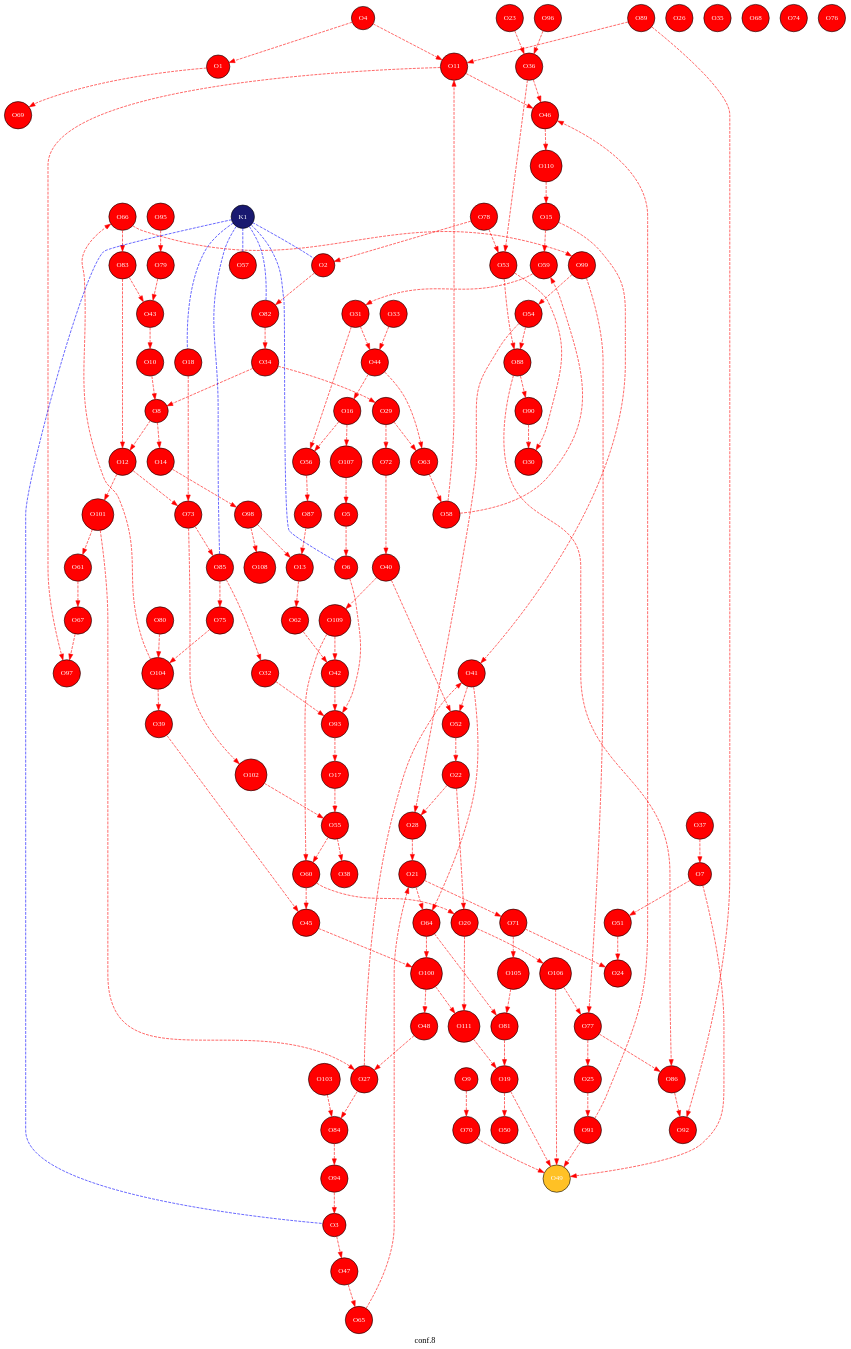
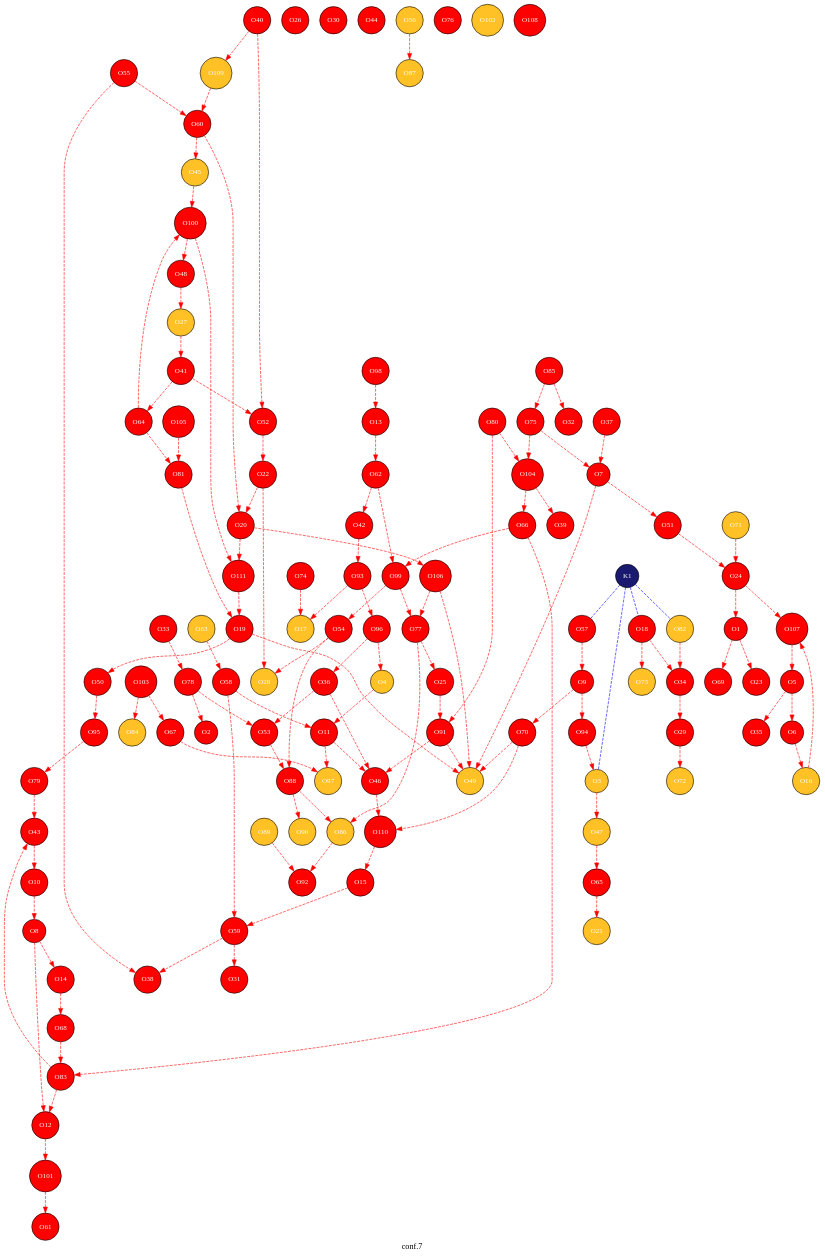
One commit to JelleLagerweij/short_test changed the diagram in 4-GATeWAY/copy_4/traj/traj_conf.gv. Above: the diagram before and after it, drawn with Graphviz. The commit also changed 222 other files, not shown here.

```diff
--- a/4-GATeWAY/copy_4/traj/traj_conf.gv
+++ b/4-GATeWAY/copy_4/traj/traj_conf.gv
@@ -1,12 +1,12 @@
 digraph G {
-label="conf.8 ";
+label="conf.7 ";
 node [style=filled];
 graph [bgcolor=transparent];
 node [shape = circle, fontsize=12];
 "O1"[fillcolor=red, fontcolor=white, fontname="Times", label="O1"];
 "O2"[fillcolor=red, fontcolor=white, fontname="Times", label="O2"];
-"O3"[fillcolor=red, fontcolor=white, fontname="Times", label="O3"];
-"O4"[fillcolor=red, fontcolor=white, fontname="Times", label="O4"];
+"O3"[fillcolor=goldenrod1, fontcolor=white, fontname="Times", label="O3"];
+"O4"[fillcolor=goldenrod1, fontcolor=white, fontname="Times", label="O4"];
 "O5"[fillcolor=red, fontcolor=white, fontname="Times", label="O5"];
 "O6"[fillcolor=red, fontcolor=white, fontname="Times", label="O6"];
 "O7"[fillcolor=red, fontcolor=white, fontname="Times", label="O7"];
@@ -18,19 +18,19 @@
 "O13"[fillcolor=red, fontcolor=white, fontname="Times", label="O13"];
 "O14"[fillcolor=red, fontcolor=white, fontname="Times", label="O14"];
 "O15"[fillcolor=red, fontcolor=white, fontname="Times", label="O15"];
-"O16"[fillcolor=red, fontcolor=white, fontname="Times", label="O16"];
-"O17"[fillcolor=red, fontcolor=white, fontname="Times", label="O17"];
+"O16"[fillcolor=goldenrod1, fontcolor=white, fontname="Times", label="O16"];
+"O17"[fillcolor=goldenrod1, fontcolor=white, fontname="Times", label="O17"];
 "O18"[fillcolor=red, fontcolor=white, fontname="Times", label="O18"];
 "O19"[fillcolor=red, fontcolor=white, fontname="Times", label="O19"];
 "O20"[fillcolor=red, fontcolor=white, fontname="Times", label="O20"];
-"O21"[fillcolor=red, fontcolor=white, fontname="Times", label="O21"];
+"O21"[fillcolor=goldenrod1, fontcolor=white, fontname="Times", label="O21"];
 "O22"[fillcolor=red, fontcolor=white, fontname="Times", label="O22"];
 "O23"[fillcolor=red, fontcolor=white, fontname="Times", label="O23"];
 "O24"[fillcolor=red, fontcolor=white, fontname="Times", label="O24"];
 "O25"[fillcolor=red, fontcolor=white, fontname="Times", label="O25"];
 "O26"[fillcolor=red, fontcolor=white, fontname="Times", label="O26"];
-"O27"[fillcolor=red, fontcolor=white, fontname="Times", label="O27"];
-"O28"[fillcolor=red, fontcolor=white, fontname="Times", label="O28"];
+"O27"[fillcolor=goldenrod1, fontcolor=white, fontname="Times", label="O27"];
+"O28"[fillcolor=goldenrod1, fontcolor=white, fontname="Times", label="O28"];
 "O29"[fillcolor=red, fontcolor=white, fontname="Times", label="O29"];
 "O30"[fillcolor=red, fontcolor=white, fontname="Times", label="O30"];
 "O31"[fillcolor=red, fontcolor=white, fontname="Times", label="O31"];
@@ -47,9 +47,9 @@
 "O42"[fillcolor=red, fontcolor=white, fontname="Times", label="O42"];
 "O43"[fillcolor=red, fontcolor=white, fontname="Times", label="O43"];
 "O44"[fillcolor=red, fontcolor=white, fontname="Times", label="O44"];
-"O45"[fillcolor=red, fontcolor=white, fontname="Times", label="O45"];
+"O45"[fillcolor=goldenrod1, fontcolor=white, fontname="Times", label="O45"];
 "O46"[fillcolor=red, fontcolor=white, fontname="Times", label="O46"];
-"O47"[fillcolor=red, fontcolor=white, fontname="Times", label="O47"];
+"O47"[fillcolor=goldenrod1, fontcolor=white, fontname="Times", label="O47"];
 "O48"[fillcolor=red, fontcolor=white, fontname="Times", label="O48"];
 "O49"[fillcolor=goldenrod1, fontcolor=white, fontname="Times", label="O49"];
 "O50"[fillcolor=red, fontcolor=white, fontname="Times", label="O50"];
@@ -58,14 +58,14 @@
 "O53"[fillcolor=red, fontcolor=white, fontname="Times", label="O53"];
 "O54"[fillcolor=red, fontcolor=white, fontname="Times", label="O54"];
 "O55"[fillcolor=red, fontcolor=white, fontname="Times", label="O55"];
-"O56"[fillcolor=red, fontcolor=white, fontname="Times", label="O56"];
+"O56"[fillcolor=goldenrod1, fontcolor=white, fontname="Times", label="O56"];
 "O57"[fillcolor=red, fontcolor=white, fontname="Times", label="O57"];
 "O58"[fillcolor=red, fontcolor=white, fontname="Times", label="O58"];
 "O59"[fillcolor=red, fontcolor=white, fontname="Times", label="O59"];
 "O60"[fillcolor=red, fontcolor=white, fontname="Times", label="O60"];
 "O61"[fillcolor=red, fontcolor=white, fontname="Times", label="O61"];
 "O62"[fillcolor=red, fontcolor=white, fontname="Times", label="O62"];
-"O63"[fillcolor=red, fontcolor=white, fontname="Times", label="O63"];
+"O63"[fillcolor=goldenrod1, fontcolor=white, fontname="Times", label="O63"];
 "O64"[fillcolor=red, fontcolor=white, fontname="Times", label="O64"];
 "O65"[fillcolor=red, fontcolor=white, fontname="Times", label="O65"];
 "O66"[fillcolor=red, fontcolor=white, fontname="Times", label="O66"];
@@ -73,9 +73,9 @@
 "O68"[fillcolor=red, fontcolor=white, fontname="Times", label="O68"];
 "O69"[fillcolor=red, fontcolor=white, fontname="Times", label="O69"];
 "O70"[fillcolor=red, fontcolor=white, fontname="Times", label="O70"];
-"O71"[fillcolor=red, fontcolor=white, fontname="Times", label="O71"];
-"O72"[fillcolor=red, fontcolor=white, fontname="Times", label="O72"];
-"O73"[fillcolor=red, fontcolor=white, fontname="Times", label="O73"];
+"O71"[fillcolor=goldenrod1, fontcolor=white, fontname="Times", label="O71"];
+"O72"[fillcolor=goldenrod1, fontcolor=white, fontname="Times", label="O72"];
+"O73"[fillcolor=goldenrod1, fontcolor=white, fontname="Times", label="O73"];
 "O74"[fillcolor=red, fontcolor=white, fontname="Times", label="O74"];
 "O75"[fillcolor=red, fontcolor=white, fontname="Times", label="O75"];
 "O76"[fillcolor=red, fontcolor=white, fontname="Times", label="O76"];
@@ -84,75 +84,74 @@
 "O79"[fillcolor=red, fontcolor=white, fontname="Times", label="O79"];
 "O80"[fillcolor=red, fontcolor=white, fontname="Times", label="O80"];
 "O81"[fillcolor=red, fontcolor=white, fontname="Times", label="O81"];
-"O82"[fillcolor=red, fontcolor=white, fontname="Times", label="O82"];
+"O82"[fillcolor=goldenrod1, fontcolor=white, fontname="Times", label="O82"];
 "O83"[fillcolor=red, fontcolor=white, fontname="Times", label="O83"];
-"O84"[fillcolor=red, fontcolor=white, fontname="Times", label="O84"];
+"O84"[fillcolor=goldenrod1, fontcolor=white, fontname="Times", label="O84"];
 "O85"[fillcolor=red, fontcolor=white, fontname="Times", label="O85"];
-"O86"[fillcolor=red, fontcolor=white, fontname="Times", label="O86"];
-"O87"[fillcolor=red, fontcolor=white, fontname="Times", label="O87"];
+"O86"[fillcolor=goldenrod1, fontcolor=white, fontname="Times", label="O86"];
+"O87"[fillcolor=goldenrod1, fontcolor=white, fontname="Times", label="O87"];
 "O88"[fillcolor=red, fontcolor=white, fontname="Times", label="O88"];
-"O89"[fillcolor=red, fontcolor=white, fontname="Times", label="O89"];
-"O90"[fillcolor=red, fontcolor=white, fontname="Times", label="O90"];
+"O89"[fillcolor=goldenrod1, fontcolor=white, fontname="Times", label="O89"];
+"O90"[fillcolor=goldenrod1, fontcolor=white, fontname="Times", label="O90"];
 "O91"[fillcolor=red, fontcolor=white, fontname="Times", label="O91"];
 "O92"[fillcolor=red, fontcolor=white, fontname="Times", label="O92"];
 "O93"[fillcolor=red, fontcolor=white, fontname="Times", label="O93"];
 "O94"[fillcolor=red, fontcolor=white, fontname="Times", label="O94"];
 "O95"[fillcolor=red, fontcolor=white, fontname="Times", label="O95"];
 "O96"[fillcolor=red, fontcolor=white, fontname="Times", label="O96"];
-"O97"[fillcolor=red, fontcolor=white, fontname="Times", label="O97"];
+"O97"[fillcolor=goldenrod1, fontcolor=white, fontname="Times", label="O97"];
 "O98"[fillcolor=red, fontcolor=white, fontname="Times", label="O98"];
 "O99"[fillcolor=red, fontcolor=white, fontname="Times", label="O99"];
 "O100"[fillcolor=red, fontcolor=white, fontname="Times", label="O100"];
 "O101"[fillcolor=red, fontcolor=white, fontname="Times", label="O101"];
-"O102"[fillcolor=red, fontcolor=white, fontname="Times", label="O102"];
+"O102"[fillcolor=goldenrod1, fontcolor=white, fontname="Times", label="O102"];
 "O103"[fillcolor=red, fontcolor=white, fontname="Times", label="O103"];
 "O104"[fillcolor=red, fontcolor=white, fontname="Times", label="O104"];
 "O105"[fillcolor=red, fontcolor=white, fontname="Times", label="O105"];
 "O106"[fillcolor=red, fontcolor=white, fontname="Times", label="O106"];
 "O107"[fillcolor=red, fontcolor=white, fontname="Times", label="O107"];
 "O108"[fillcolor=red, fontcolor=white, fontname="Times", label="O108"];
-"O109"[fillcolor=red, fontcolor=white, fontname="Times", label="O109"];
+"O109"[fillcolor=goldenrod1, fontcolor=white, fontname="Times", label="O109"];
 "O110"[fillcolor=red, fontcolor=white, fontname="Times", label="O110"];
 "O111"[fillcolor=red, fontcolor=white, fontname="Times", label="O111"];
 "K1"[fillcolor=midnightblue, fontcolor=white, fontname="Times", label="K1"];
-"O4"->"O1"[fontcolor=red, color=red , style=dashed];
+"O1"->"O23"[fontcolor=red, color=red , style=dashed];
+"O24"->"O1"[fontcolor=red, color=red , style=dashed];
 "O1"->"O69"[fontcolor=red, color=red , style=dashed];
 "O78"->"O2"[fontcolor=red, color=red , style=dashed];
-"O2"->"O82"[fontcolor=red, color=red , style=dashed];
 "O3"->"O47"[fontcolor=red, color=red , style=dashed];
 "O94"->"O3"[fontcolor=red, color=red , style=dashed];
 "O4"->"O11"[fontcolor=red, color=red , style=dashed];
+"O96"->"O4"[fontcolor=red, color=red , style=dashed];
 "O5"->"O6"[fontcolor=red, color=red , style=dashed];
+"O5"->"O35"[fontcolor=red, color=red , style=dashed];
 "O107"->"O5"[fontcolor=red, color=red , style=dashed];
-"O6"->"O93"[fontcolor=red, color=red , style=dashed];
+"O6"->"O16"[fontcolor=red, color=red , style=dashed];
 "O37"->"O7"[fontcolor=red, color=red , style=dashed];
 "O7"->"O49"[fontcolor=red, color=red , style=dashed];
 "O7"->"O51"[fontcolor=red, color=red , style=dashed];
+"O75"->"O7"[fontcolor=red, color=red , style=dashed];
 "O10"->"O8"[fontcolor=red, color=red , style=dashed];
 "O8"->"O12"[fontcolor=red, color=red , style=dashed];
 "O8"->"O14"[fontcolor=red, color=red , style=dashed];
-"O34"->"O8"[fontcolor=red, color=red , style=dashed];
+"O57"->"O9"[fontcolor=red, color=red , style=dashed];
 "O9"->"O70"[fontcolor=red, color=red , style=dashed];
+"O9"->"O94"[fontcolor=red, color=red , style=dashed];
 "O43"->"O10"[fontcolor=red, color=red , style=dashed];
 "O11"->"O46"[fontcolor=red, color=red , style=dashed];
 "O58"->"O11"[fontcolor=red, color=red , style=dashed];
-"O89"->"O11"[fontcolor=red, color=red , style=dashed];
 "O11"->"O97"[fontcolor=red, color=red , style=dashed];
-"O12"->"O73"[fontcolor=red, color=red , style=dashed];
 "O83"->"O12"[fontcolor=red, color=red , style=dashed];
 "O12"->"O101"[fontcolor=red, color=red , style=dashed];
 "O13"->"O62"[fontcolor=red, color=red , style=dashed];
-"O87"->"O13"[fontcolor=red, color=red , style=dashed];
 "O98"->"O13"[fontcolor=red, color=red , style=dashed];
-"O14"->"O98"[fontcolor=red, color=red , style=dashed];
-"O15"->"O41"[fontcolor=red, color=red , style=dashed];
+"O14"->"O68"[fontcolor=red, color=red , style=dashed];
 "O15"->"O59"[fontcolor=red, color=red , style=dashed];
 "O110"->"O15"[fontcolor=red, color=red , style=dashed];
-"O44"->"O16"[fontcolor=red, color=red , style=dashed];
-"O16"->"O56"[fontcolor=red, color=red , style=dashed];
 "O16"->"O107"[fontcolor=red, color=red , style=dashed];
-"O17"->"O55"[fontcolor=red, color=red , style=dashed];
+"O74"->"O17"[fontcolor=red, color=red , style=dashed];
 "O93"->"O17"[fontcolor=red, color=red , style=dashed];
+"O18"->"O34"[fontcolor=red, color=red , style=dashed];
 "O18"->"O73"[fontcolor=red, color=red , style=dashed];
 "O19"->"O49"[fontcolor=red, color=red , style=dashed];
 "O19"->"O50"[fontcolor=red, color=red , style=dashed];
@@ -162,51 +161,37 @@
 "O60"->"O20"[fontcolor=red, color=red , style=dashed];
 "O20"->"O106"[fontcolor=red, color=red , style=dashed];
 "O20"->"O111"[fontcolor=red, color=red , style=dashed];
-"O28"->"O21"[fontcolor=red, color=red , style=dashed];
-"O21"->"O64"[fontcolor=red, color=red , style=dashed];
 "O65"->"O21"[fontcolor=red, color=red , style=dashed];
-"O21"->"O71"[fontcolor=red, color=red , style=dashed];
 "O22"->"O28"[fontcolor=red, color=red , style=dashed];
 "O52"->"O22"[fontcolor=red, color=red , style=dashed];
-"O23"->"O36"[fontcolor=red, color=red , style=dashed];
 "O51"->"O24"[fontcolor=red, color=red , style=dashed];
 "O71"->"O24"[fontcolor=red, color=red , style=dashed];
+"O24"->"O107"[fontcolor=red, color=red , style=dashed];
 "O77"->"O25"[fontcolor=red, color=red , style=dashed];
 "O25"->"O91"[fontcolor=red, color=red , style=dashed];
 "O27"->"O41"[fontcolor=red, color=red , style=dashed];
 "O48"->"O27"[fontcolor=red, color=red , style=dashed];
-"O27"->"O84"[fontcolor=red, color=red , style=dashed];
-"O101"->"O27"[fontcolor=red, color=red , style=dashed];
 "O54"->"O28"[fontcolor=red, color=red , style=dashed];
 "O34"->"O29"[fontcolor=red, color=red , style=dashed];
-"O29"->"O63"[fontcolor=red, color=red , style=dashed];
 "O29"->"O72"[fontcolor=red, color=red , style=dashed];
-"O53"->"O30"[fontcolor=red, color=red , style=dashed];
-"O90"->"O30"[fontcolor=red, color=red , style=dashed];
-"O31"->"O44"[fontcolor=red, color=red , style=dashed];
-"O31"->"O56"[fontcolor=red, color=red , style=dashed];
 "O59"->"O31"[fontcolor=red, color=red , style=dashed];
 "O85"->"O32"[fontcolor=red, color=red , style=dashed];
-"O32"->"O93"[fontcolor=red, color=red , style=dashed];
-"O33"->"O44"[fontcolor=red, color=red , style=dashed];
+"O33"->"O78"[fontcolor=red, color=red , style=dashed];
 "O82"->"O34"[fontcolor=red, color=red , style=dashed];
 "O36"->"O46"[fontcolor=red, color=red , style=dashed];
 "O36"->"O53"[fontcolor=red, color=red , style=dashed];
 "O96"->"O36"[fontcolor=red, color=red , style=dashed];
 "O55"->"O38"[fontcolor=red, color=red , style=dashed];
-"O39"->"O45"[fontcolor=red, color=red , style=dashed];
+"O59"->"O38"[fontcolor=red, color=red , style=dashed];
 "O104"->"O39"[fontcolor=red, color=red , style=dashed];
 "O40"->"O52"[fontcolor=red, color=red , style=dashed];
-"O72"->"O40"[fontcolor=red, color=red , style=dashed];
 "O40"->"O109"[fontcolor=red, color=red , style=dashed];
 "O41"->"O52"[fontcolor=red, color=red , style=dashed];
 "O41"->"O64"[fontcolor=red, color=red , style=dashed];
 "O62"->"O42"[fontcolor=red, color=red , style=dashed];
 "O42"->"O93"[fontcolor=red, color=red , style=dashed];
-"O109"->"O42"[fontcolor=red, color=red , style=dashed];
 "O79"->"O43"[fontcolor=red, color=red , style=dashed];
 "O83"->"O43"[fontcolor=red, color=red , style=dashed];
-"O44"->"O63"[fontcolor=red, color=red , style=dashed];
 "O60"->"O45"[fontcolor=red, color=red , style=dashed];
 "O45"->"O100"[fontcolor=red, color=red , style=dashed];
 "O91"->"O46"[fontcolor=red, color=red , style=dashed];
@@ -216,48 +201,45 @@
 "O70"->"O49"[fontcolor=red, color=red , style=dashed];
 "O91"->"O49"[fontcolor=red, color=red , style=dashed];
 "O106"->"O49"[fontcolor=red, color=red , style=dashed];
+"O50"->"O95"[fontcolor=red, color=red , style=dashed];
 "O78"->"O53"[fontcolor=red, color=red , style=dashed];
 "O53"->"O88"[fontcolor=red, color=red , style=dashed];
 "O54"->"O88"[fontcolor=red, color=red , style=dashed];
 "O99"->"O54"[fontcolor=red, color=red , style=dashed];
 "O55"->"O60"[fontcolor=red, color=red , style=dashed];
-"O102"->"O55"[fontcolor=red, color=red , style=dashed];
 "O56"->"O87"[fontcolor=red, color=red , style=dashed];
 "O58"->"O59"[fontcolor=red, color=red , style=dashed];
 "O63"->"O58"[fontcolor=red, color=red , style=dashed];
 "O109"->"O60"[fontcolor=red, color=red , style=dashed];
-"O61"->"O67"[fontcolor=red, color=red , style=dashed];
 "O101"->"O61"[fontcolor=red, color=red , style=dashed];
+"O62"->"O99"[fontcolor=red, color=red , style=dashed];
 "O64"->"O81"[fontcolor=red, color=red , style=dashed];
 "O64"->"O100"[fontcolor=red, color=red , style=dashed];
 "O66"->"O83"[fontcolor=red, color=red , style=dashed];
 "O66"->"O99"[fontcolor=red, color=red , style=dashed];
 "O104"->"O66"[fontcolor=red, color=red , style=dashed];
 "O67"->"O97"[fontcolor=red, color=red , style=dashed];
-"O71"->"O105"[fontcolor=red, color=red , style=dashed];
-"O73"->"O85"[fontcolor=red, color=red , style=dashed];
-"O73"->"O102"[fontcolor=red, color=red , style=dashed];
+"O103"->"O67"[fontcolor=red, color=red , style=dashed];
+"O68"->"O83"[fontcolor=red, color=red , style=dashed];
+"O70"->"O110"[fontcolor=red, color=red , style=dashed];
 "O85"->"O75"[fontcolor=red, color=red , style=dashed];
 "O75"->"O104"[fontcolor=red, color=red , style=dashed];
 "O77"->"O86"[fontcolor=red, color=red , style=dashed];
 "O99"->"O77"[fontcolor=red, color=red , style=dashed];
 "O106"->"O77"[fontcolor=red, color=red , style=dashed];
 "O95"->"O79"[fontcolor=red, color=red , style=dashed];
+"O80"->"O91"[fontcolor=red, color=red , style=dashed];
 "O80"->"O104"[fontcolor=red, color=red , style=dashed];
 "O105"->"O81"[fontcolor=red, color=red , style=dashed];
-"O84"->"O94"[fontcolor=red, color=red , style=dashed];
 "O103"->"O84"[fontcolor=red, color=red , style=dashed];
 "O88"->"O86"[fontcolor=red, color=red , style=dashed];
 "O86"->"O92"[fontcolor=red, color=red , style=dashed];
 "O88"->"O90"[fontcolor=red, color=red , style=dashed];
 "O89"->"O92"[fontcolor=red, color=red , style=dashed];
-"O98"->"O108"[fontcolor=red, color=red , style=dashed];
+"O93"->"O96"[fontcolor=red, color=red , style=dashed];
 "O100"->"O111"[fontcolor=red, color=red , style=dashed];
-"K1"->"O2"[dir=none, color=blue, nodesep=0.5,style=dashed];
 "K1"->"O3"[dir=none, color=blue, nodesep=0.5,style=dashed];
-"K1"->"O6"[dir=none, color=blue, nodesep=0.5,style=dashed];
 "K1"->"O18"[dir=none, color=blue, nodesep=0.5,style=dashed];
 "K1"->"O57"[dir=none, color=blue, nodesep=0.5,style=dashed];
 "K1"->"O82"[dir=none, color=blue, nodesep=0.5,style=dashed];
-"K1"->"O85"[dir=none, color=blue, nodesep=0.5,style=dashed];
 }
```
